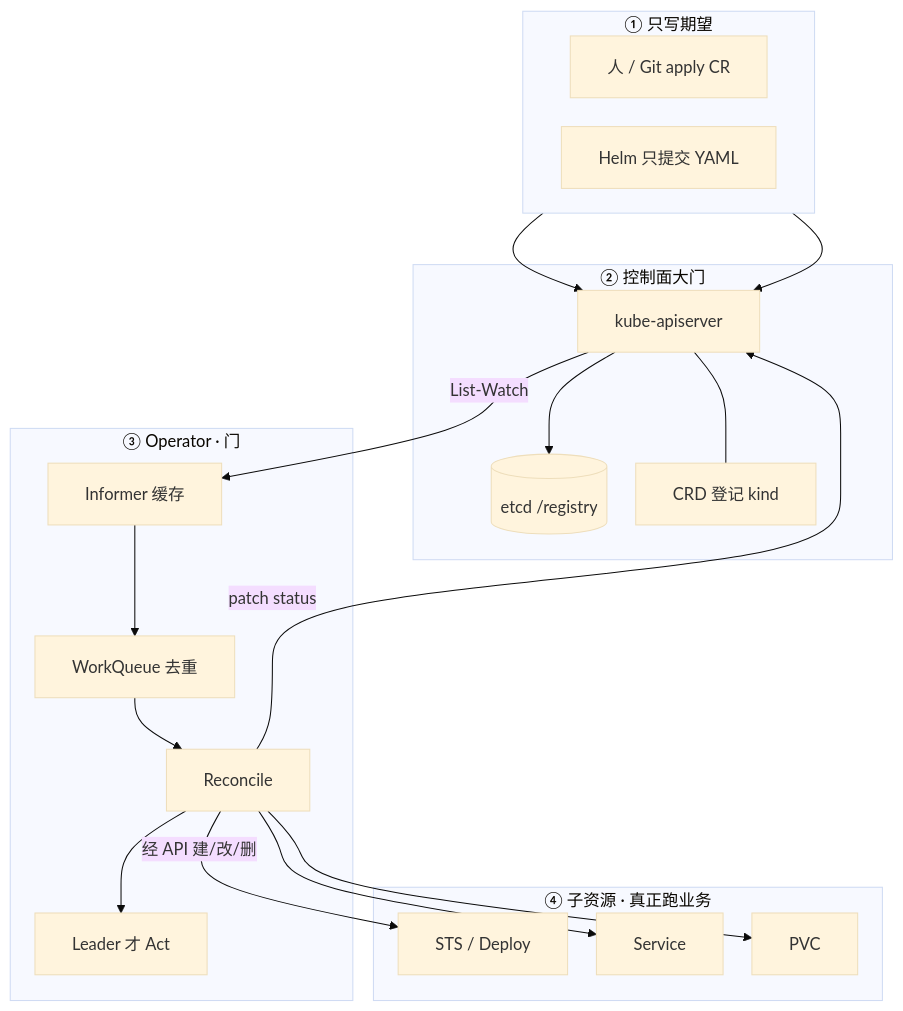
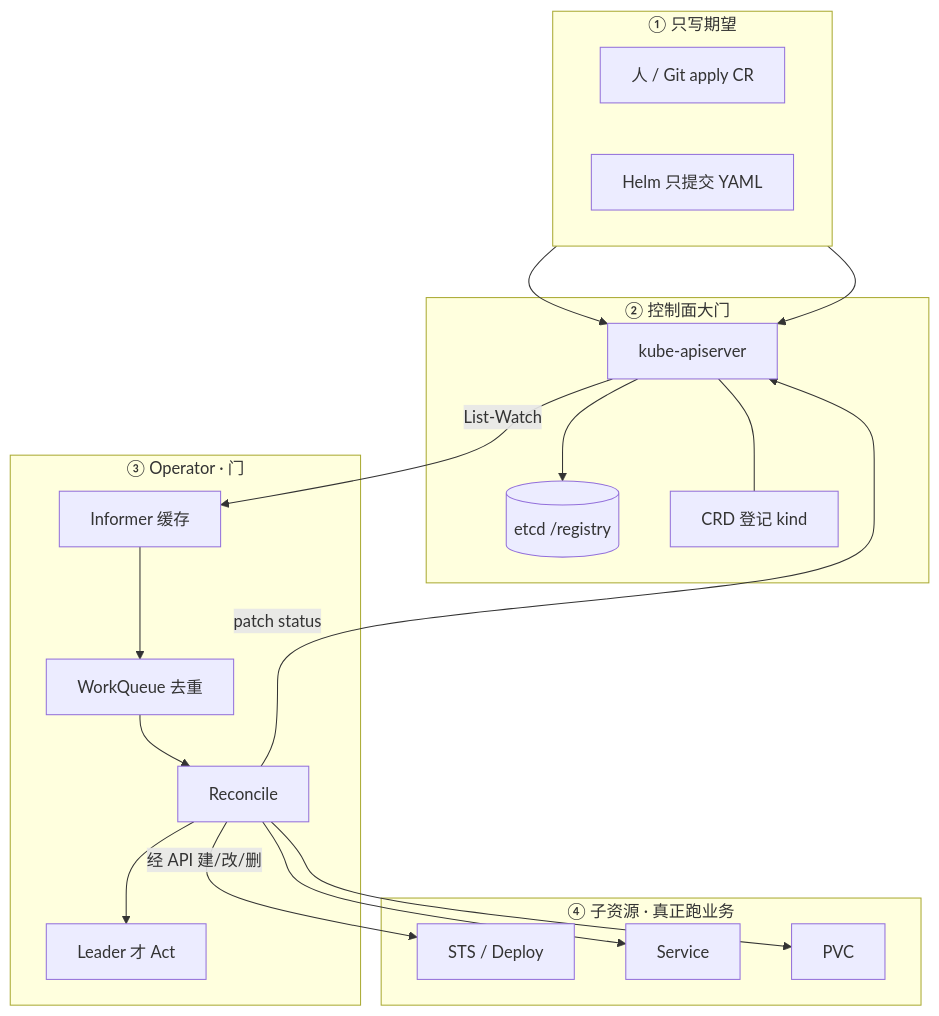
The second of 8 diagrams in 03-Kubernetes/21-Operator与CRD/知识点.md (ml-cuizijun/LearnToLilith), drawn with Mermaid before and after one commit. The commit also changed other lines of this file and 178 other files, not shown here.

````diff
--- a/03-Kubernetes/21-Operator与CRD/知识点.md
+++ b/03-Kubernetes/21-Operator与CRD/知识点.md
@@ -99,47 +86,39 @@
 ```mermaid
-%%{init: {"flowchart": {"padding": 18, "nodeSpacing": 28, "rankSpacing": 50}, "theme": "base"}}%%
 flowchart TB
     subgraph clients ["① 只写期望"]
         direction LR
         human[人 / Git apply CR]
         helm[Helm 只提交 YAML]
     end
 
     subgraph cp ["② 控制面大门"]
         api["kube-apiserver"]
         etcd[("etcd /registry")]
         crd[CRD 登记 kind]
         api --- crd
         api --> etcd
     end
 
     subgraph op ["③ Operator · 门"]
         inf[Informer 缓存]
         q[WorkQueue 去重]
         rec[Reconcile]
         lead[Leader 才 Act]
         inf --> q --> rec
         rec --> lead
     end
 
     subgraph child ["④ 子资源 · 真正跑业务"]
         sts[STS / Deploy]
         svc[Service]
         pvc[PVC]
     end
 
     human --> api
     helm --> api
     rec -->|"经 API 建/改/删"| sts
     rec --> svc
     rec --> pvc
     rec -->|"patch status"| api
     api -->|"List-Watch"| inf
-
-    class human,helm client
-    class api,crd api
-    class etcd etcdN
-    class inf,q,rec,lead opN
-    class sts,svc,pvc childN
-
 ```
````
